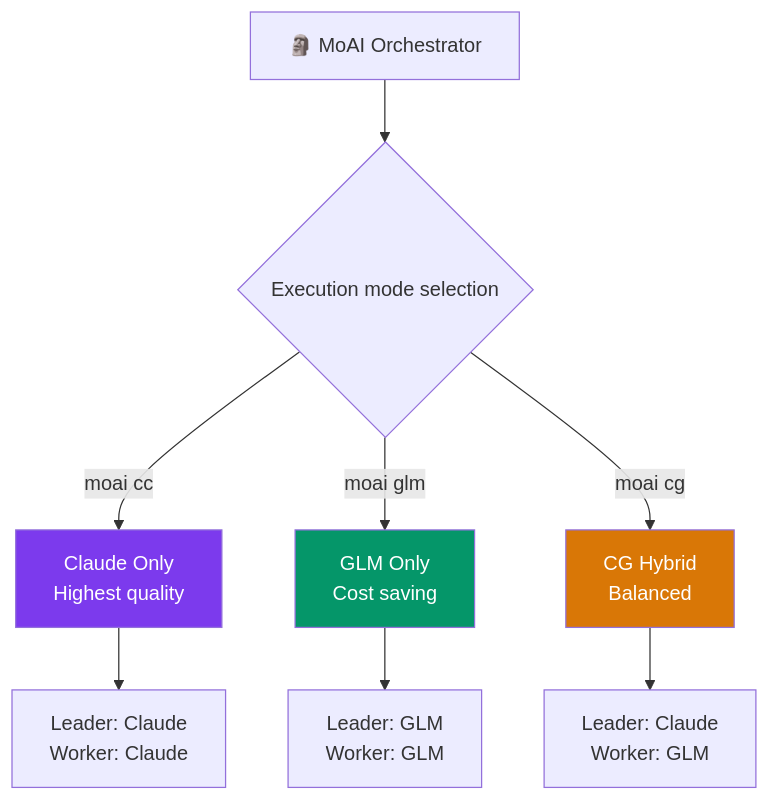
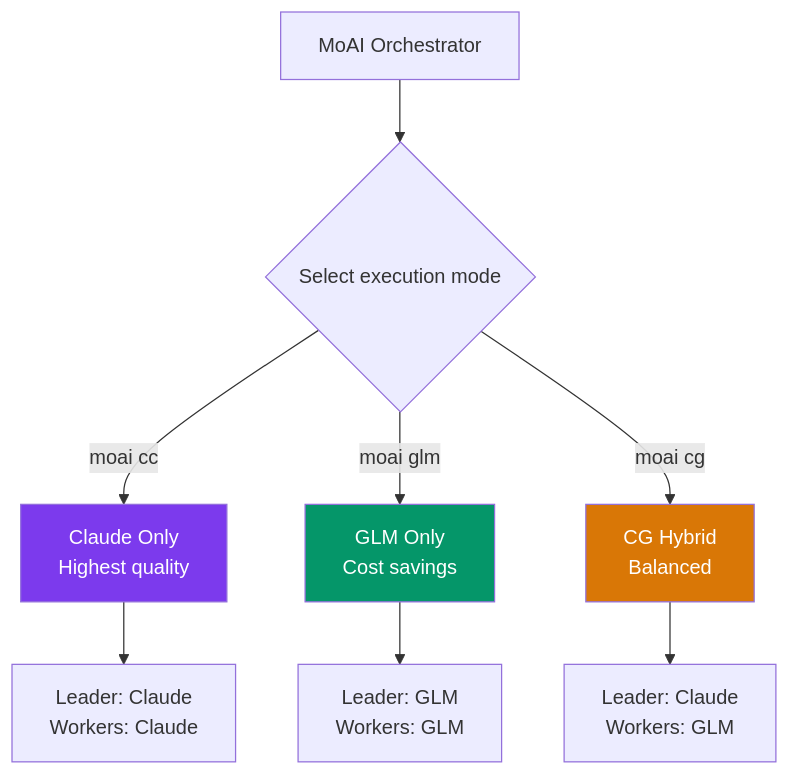
Before and after one commit to modu-ai/moai-adk: the diagram in docs-site/content/en/multi-llm/_index.md, drawn with Mermaid. The commit also changed other lines of this file and 395 other files, not shown here.

````diff
--- a/docs-site/content/en/multi-llm/_index.md
+++ b/docs-site/content/en/multi-llm/_index.md
@@ -41,15 +48,15 @@
 ```mermaid
 graph TD
-    A["🗿 MoAI Orchestrator"] --> B{"Execution mode selection"}
+    A["MoAI Orchestrator"] --> B{"Select execution mode"}
     B -->|"moai cc"| C["Claude Only<br/>Highest quality"]
-    B -->|"moai glm"| D["GLM Only<br/>Cost saving"]
+    B -->|"moai glm"| D["GLM Only<br/>Cost savings"]
     B -->|"moai cg"| E["CG Hybrid<br/>Balanced"]
 
-    C --> F["Leader: Claude<br/>Worker: Claude"]
-    D --> G["Leader: GLM<br/>Worker: GLM"]
-    E --> H["Leader: Claude<br/>Worker: GLM"]
+    C --> F["Leader: Claude<br/>Workers: Claude"]
+    D --> G["Leader: GLM<br/>Workers: GLM"]
+    E --> H["Leader: Claude<br/>Workers: GLM"]
 
     style C fill:#7C3AED,color:#fff
     style D fill:#059669,color:#fff
     style E fill:#D97706,color:#fff
 ```
````
